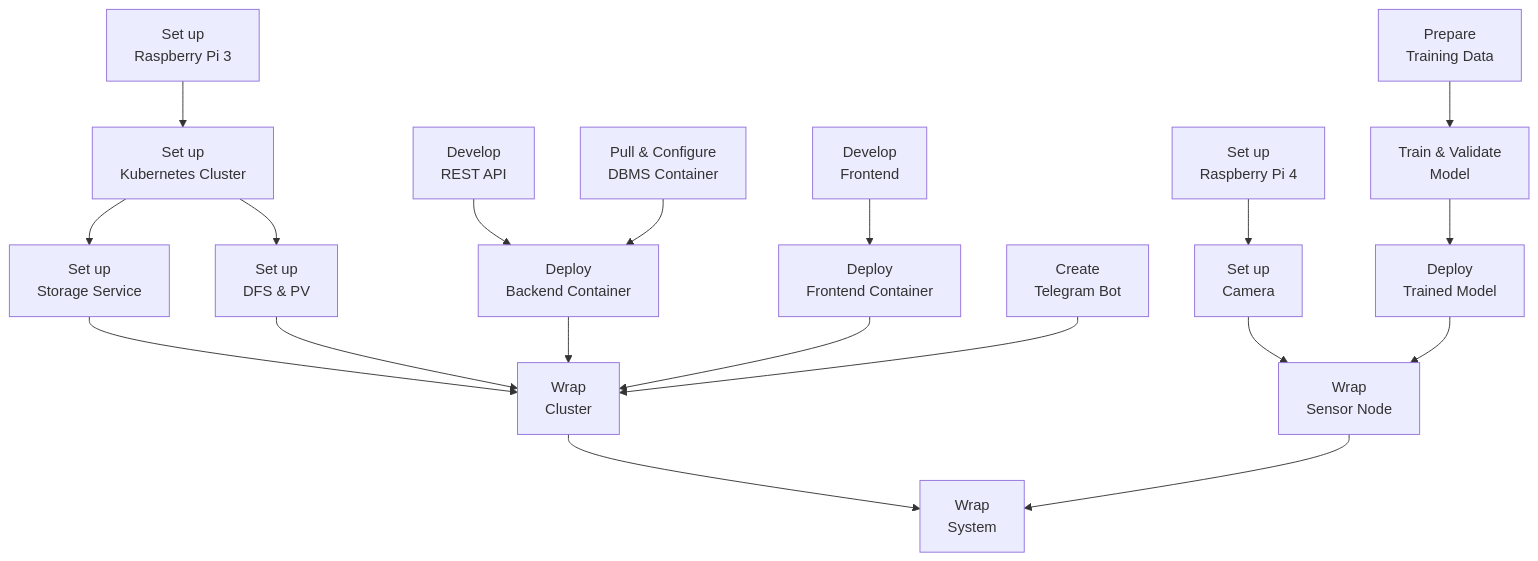
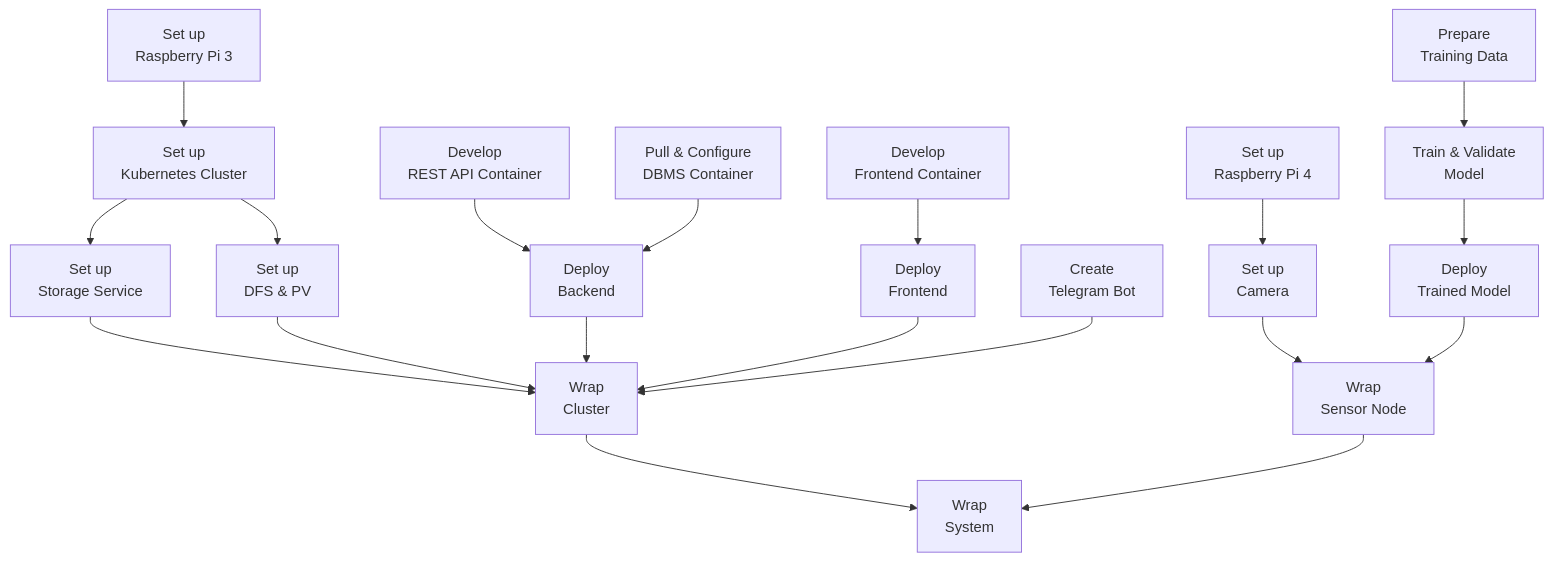
Before and after one commit to ccfrauasgr2/pet-detection: the second of 2 diagrams in docs/Group_2_SS23_ProjectReport.md, drawn with Mermaid. The commit also changed other lines of this file, not shown here.

Commit message:
chore: updated project plan and architecture

````diff
--- a/docs/Group_2_SS23_ProjectReport.md
+++ b/docs/Group_2_SS23_ProjectReport.md
@@ -111,42 +111,42 @@
 ```mermaid
 flowchart TD
     
     
     id11[Set up\nRaspberry Pi 4]
     id12[Set up\nCamera]
     id13[Prepare\nTraining Data]
     id14[Train & Validate\nModel]
     id15[Deploy\nTrained Model]
     id16[Wrap\nSensor Node]
     
     id11 --> id12
     id13 --> id14 --> id15
     id12 & id15 --> id16
         
     id21[Set up\nRaspberry Pi 3]
     id22[Set up\nKubernetes Cluster]
     id23[Set up\nStorage Service]
-    id24[Develop\nREST API]
-    id25[Deploy\nBackend Container]
+    id24[Develop\nREST API Container]
+    id25[Deploy\nBackend]
     id26[Pull & Configure\nDBMS Container]
     id27[Set up\nDFS & PV]
 
     id21 --> id22 --> id23 & id27
     id24 & id26 --> id25
         
-    id31[Develop\nFrontend]
-    id32[Deploy\nFrontend Container]
+    id31[Develop\nFrontend Container]
+    id32[Deploy\nFrontend]
     id33[Create\nTelegram Bot]
 
     id31 --> id32
     
     id41[Wrap\nCluster]
     id42[Wrap\nSystem]
 
     id23 & id27 & id25 & id32 & id33 --> id41
     id41 & id16 --> id42
     
 
    
 
 ```
````
